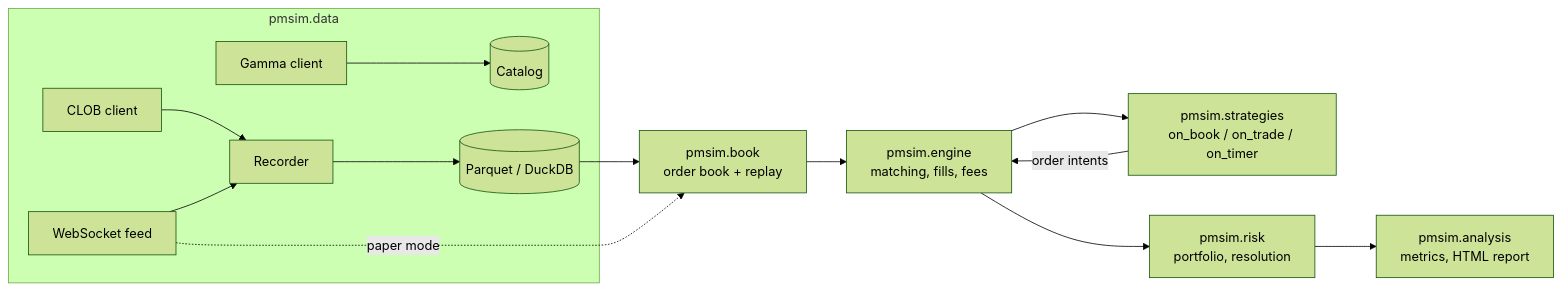
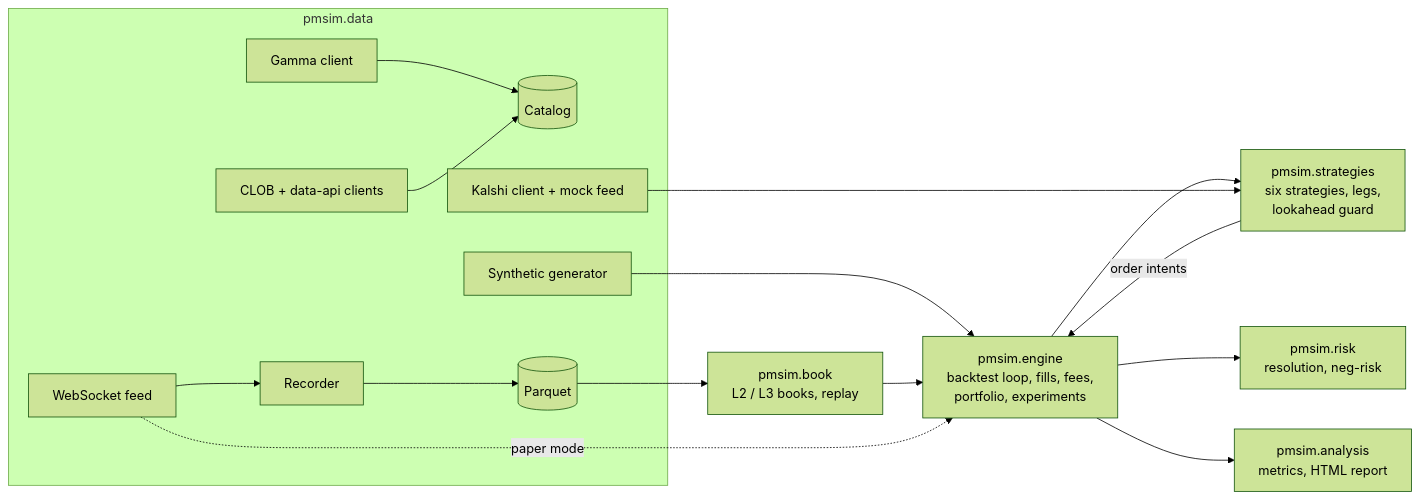
One commit to armaan-crypto/polysim-lab changed the diagram in README.md. Above: the diagram before and after it, drawn with Mermaid (forest theme). The commit also changed other lines of this file and 7 other files, not shown here.

````diff
--- a/README.md
+++ b/README.md
@@ -10,16 +12,20 @@
 ```mermaid
 flowchart LR
     subgraph data[pmsim.data]
         G[Gamma client] --> C[(Catalog)]
-        K[CLOB client] --> R[Recorder]
-        W[WebSocket feed] --> R
-        R --> P[(Parquet / DuckDB)]
+        K[CLOB + data-api clients] --> C
+        W[WebSocket feed] --> R[Recorder]
+        R --> P[(Parquet)]
+        SY[Synthetic generator]
+        KA[Kalshi client + mock feed]
     end
-    P --> B[pmsim.book<br/>order book + replay]
-    B --> E[pmsim.engine<br/>matching, fills, fees]
-    E --> S[pmsim.strategies<br/>on_book / on_trade / on_timer]
-    S -->|order intents| E
-    E --> RK[pmsim.risk<br/>portfolio, resolution]
-    RK --> A[pmsim.analysis<br/>metrics, HTML report]
-    W -.paper mode.-> B
+    P --> B[pmsim.book<br/>L2 / L3 books, replay]
+    SY --> BT
+    B --> BT[pmsim.engine<br/>backtest loop, fills, fees,<br/>portfolio, experiments]
+    BT --> S[pmsim.strategies<br/>six strategies, legs,<br/>lookahead guard]
+    S -->|order intents| BT
+    KA --> S
+    BT --> RK[pmsim.risk<br/>resolution, neg-risk]
+    BT --> A[pmsim.analysis<br/>metrics, HTML report]
+    W -.paper mode.-> BT
 ```
````
